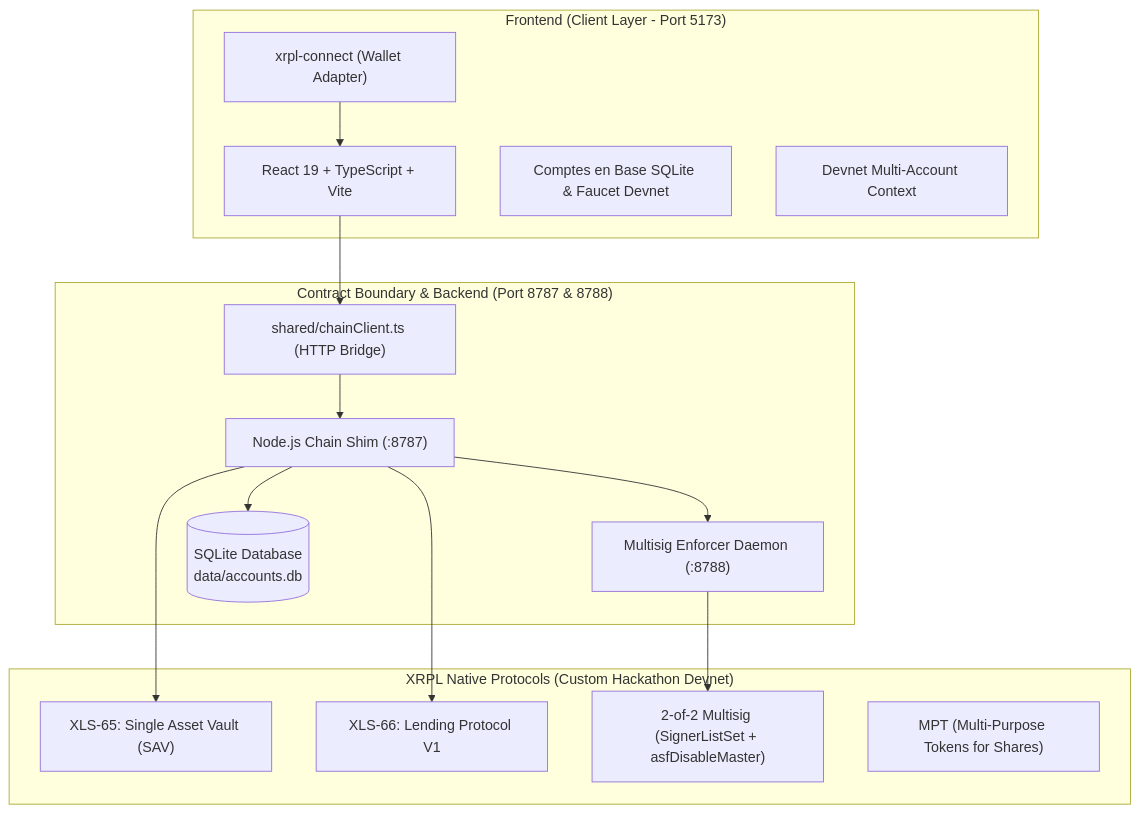
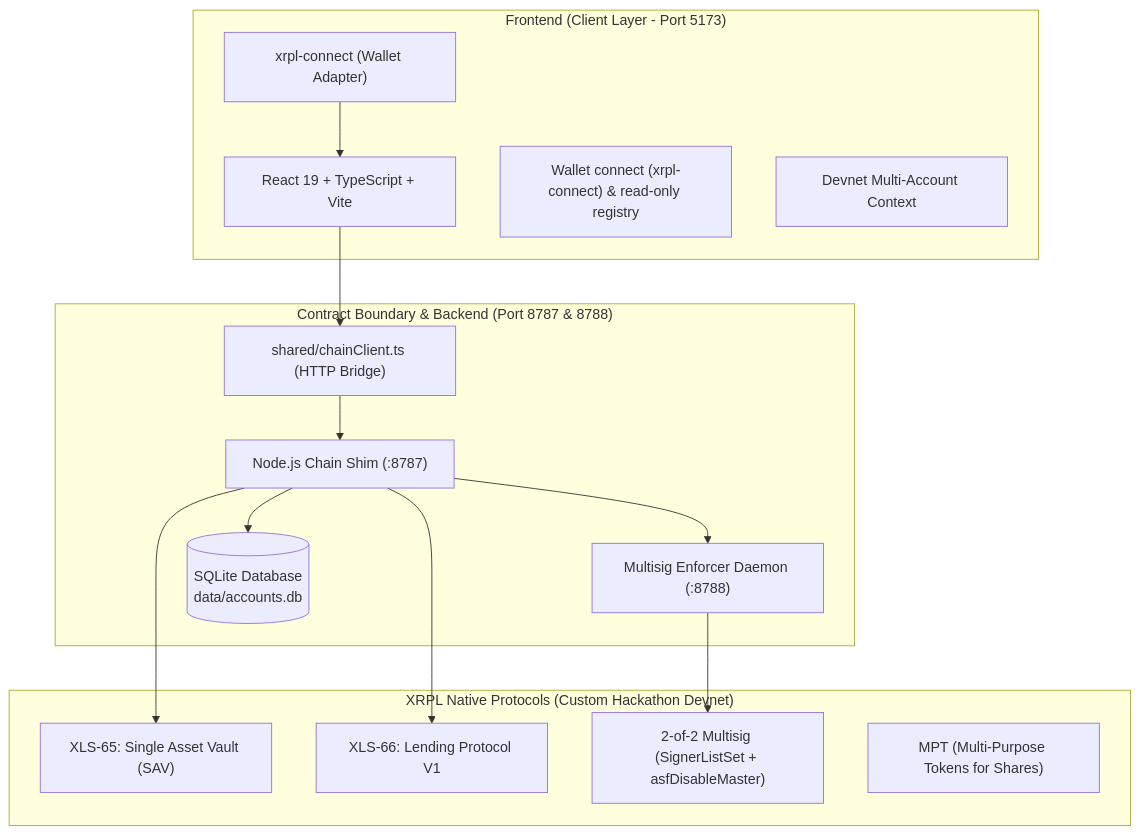
Before and after one commit to G4SP4RDDB/AT1_XRPL: the diagram in docs/tech-stack.md, drawn with Mermaid. The commit also changed other lines of this file and 18 other files, not shown here.

````diff
--- a/docs/tech-stack.md
+++ b/docs/tech-stack.md
@@ -9,32 +9,32 @@
 ```mermaid
 flowchart TD
     subgraph UI ["Frontend (Client Layer - Port 5173)"]
         React["React 19 + TypeScript + Vite"]
         XRPLConnect["xrpl-connect (Wallet Adapter)"]
-        DbSelector["Comptes en Base SQLite & Faucet Devnet"]
+        DbSelector["Wallet connect (xrpl-connect) & read-only registry"]
         WalletCtx["Devnet Multi-Account Context"]
     end
 
     subgraph API ["Contract Boundary & Backend (Port 8787 & 8788)"]
         SharedClient["shared/chainClient.ts (HTTP Bridge)"]
         ChainServer["Node.js Chain Shim (:8787)"]
         Enforcer["Multisig Enforcer Daemon (:8788)"]
         SQLiteDB[("SQLite Database\ndata/accounts.db")]
     end
 
     subgraph Ledger ["XRPL Native Protocols (Custom Hackathon Devnet)"]
         XLS65["XLS-65: Single Asset Vault (SAV)"]
         XLS66["XLS-66: Lending Protocol V1"]
         Multisig["2-of-2 Multisig (SignerListSet + asfDisableMaster)"]
         MPT["MPT (Multi-Purpose Tokens for Shares)"]
     end
 
     React --> SharedClient
     XRPLConnect --> React
     SharedClient --> ChainServer
     ChainServer --> SQLiteDB
     ChainServer --> Enforcer
     ChainServer --> XLS65
     ChainServer --> XLS66
     Enforcer --> Multisig
 ```
````
